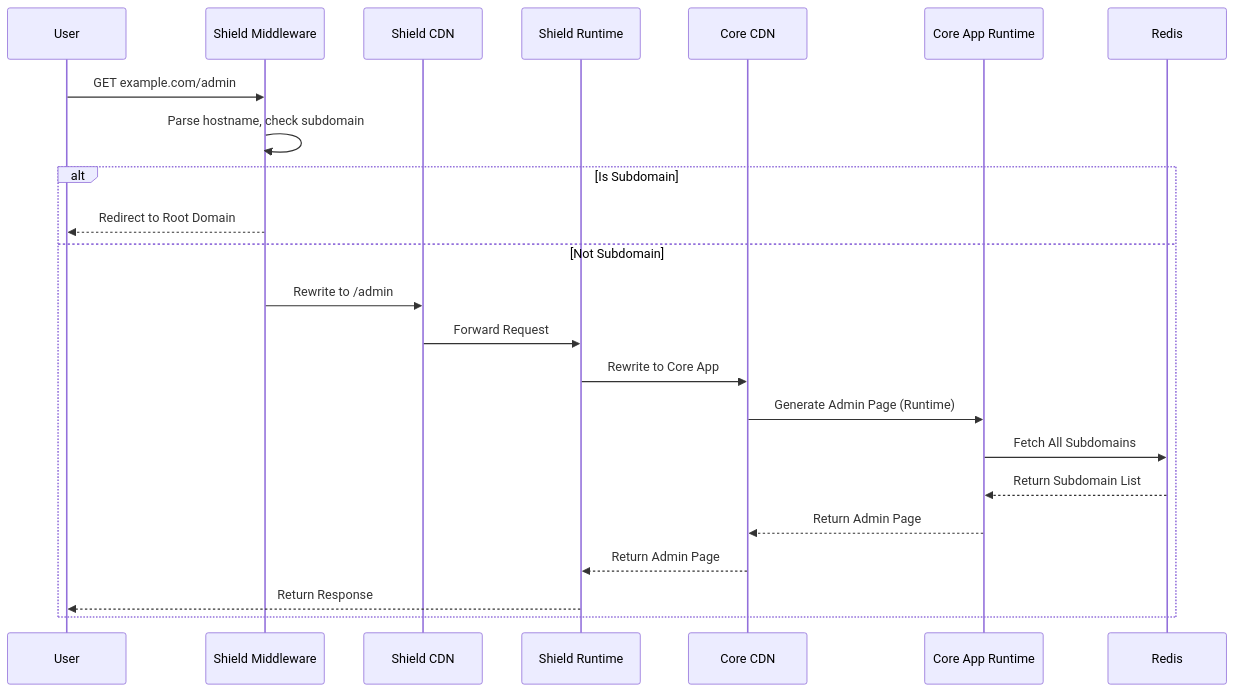
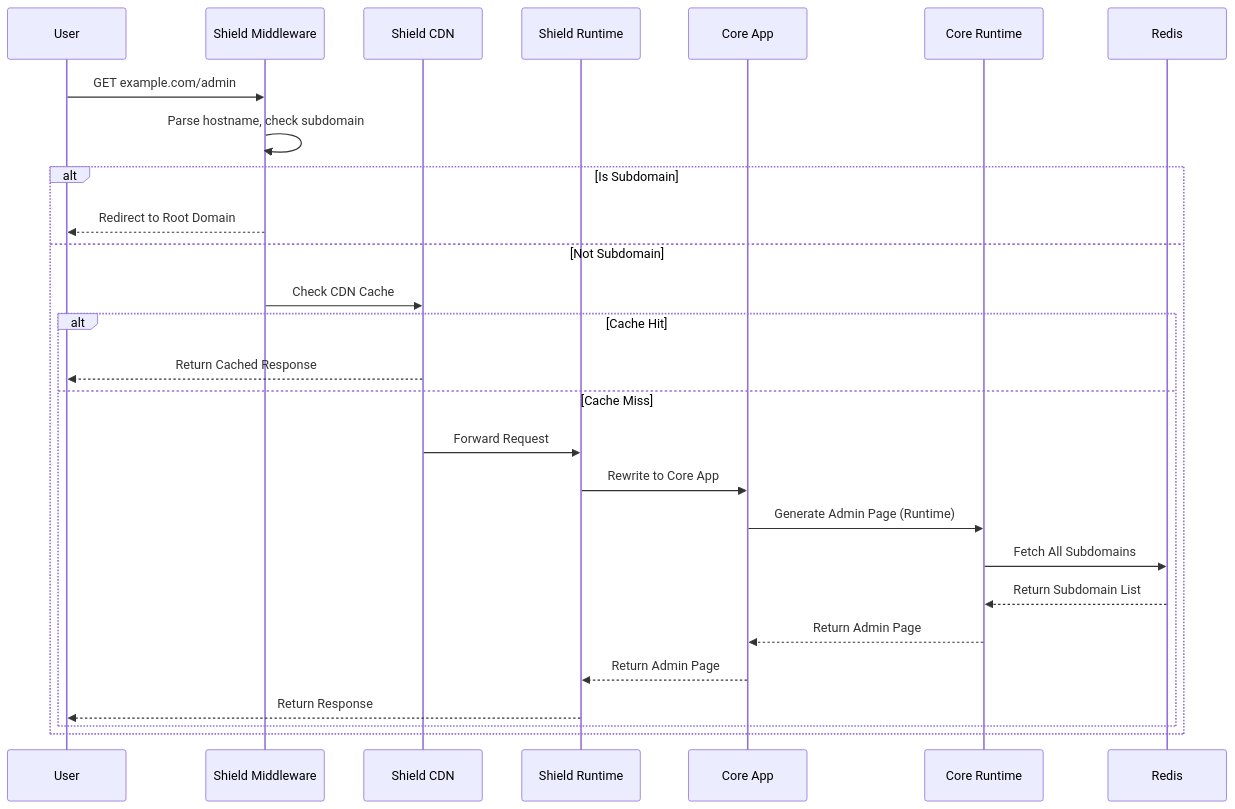
One commit to vercel-labs/isr-platform-shield changed the fourth of 6 diagrams in docs/ARCHITECTURE.md. Above: the diagram before and after it, drawn with Mermaid. The commit also changed other lines of this file and 1 other file, not shown here.

````diff
--- a/docs/ARCHITECTURE.md
+++ b/docs/ARCHITECTURE.md
@@ -104,26 +213,31 @@
 ```mermaid
 sequenceDiagram
     participant U as User
-    participant VCL_MW as Shield Middleware
-    participant VCL as Shield CDN
-    participant VCL_RT as Shield Runtime
-    participant VCA as Core CDN
-    participant VCA_RT as Core App Runtime
+    participant MW as Shield Middleware
+    participant CDN as Shield CDN
+    participant RT as Shield Runtime
+    participant CORE as Core App
+    participant CORE_RT as Core Runtime
     participant R as Redis
 
-    U->>VCL_MW: GET example.com/admin
-    VCL_MW->>VCL_MW: Parse hostname, check subdomain
+    U->>MW: GET example.com/admin
+    MW->>MW: Parse hostname, check subdomain
+
     alt Is Subdomain
-        VCL_MW-->>U: Redirect to Root Domain
+        MW-->>U: Redirect to Root Domain
     else Not Subdomain
-        VCL_MW->>VCL: Rewrite to /admin
-        VCL->>VCL_RT: Forward Request
-        VCL_RT->>VCA: Rewrite to Core App
-        VCA->>VCA_RT: Generate Admin Page (Runtime)
-        VCA_RT->>R: Fetch All Subdomains
-        R-->>VCA_RT: Return Subdomain List
-        VCA_RT-->>VCA: Return Admin Page
-        VCA-->>VCL_RT: Return Admin Page
-        VCL_RT-->>U: Return Response
+        MW->>CDN: Check CDN Cache
+        alt Cache Hit
+            CDN-->>U: Return Cached Response
+        else Cache Miss
+            CDN->>RT: Forward Request
+            RT->>CORE: Rewrite to Core App
+            CORE->>CORE_RT: Generate Admin Page (Runtime)
+            CORE_RT->>R: Fetch All Subdomains
+            R-->>CORE_RT: Return Subdomain List
+            CORE_RT-->>CORE: Return Admin Page
+            CORE-->>RT: Return Admin Page
+            RT-->>U: Return Response
+        end
     end
 ```
````
